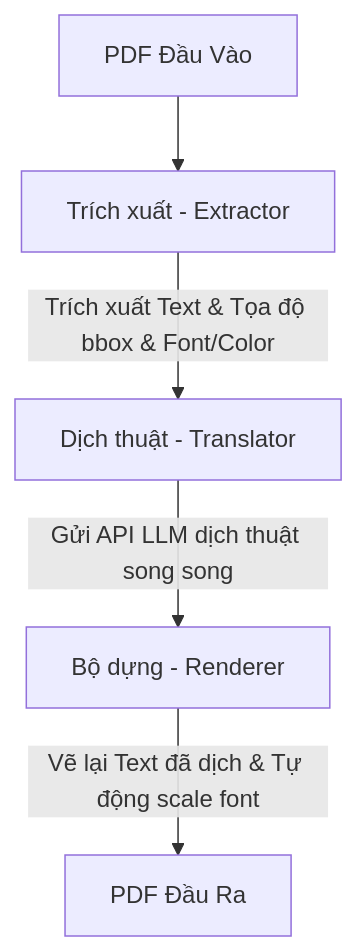
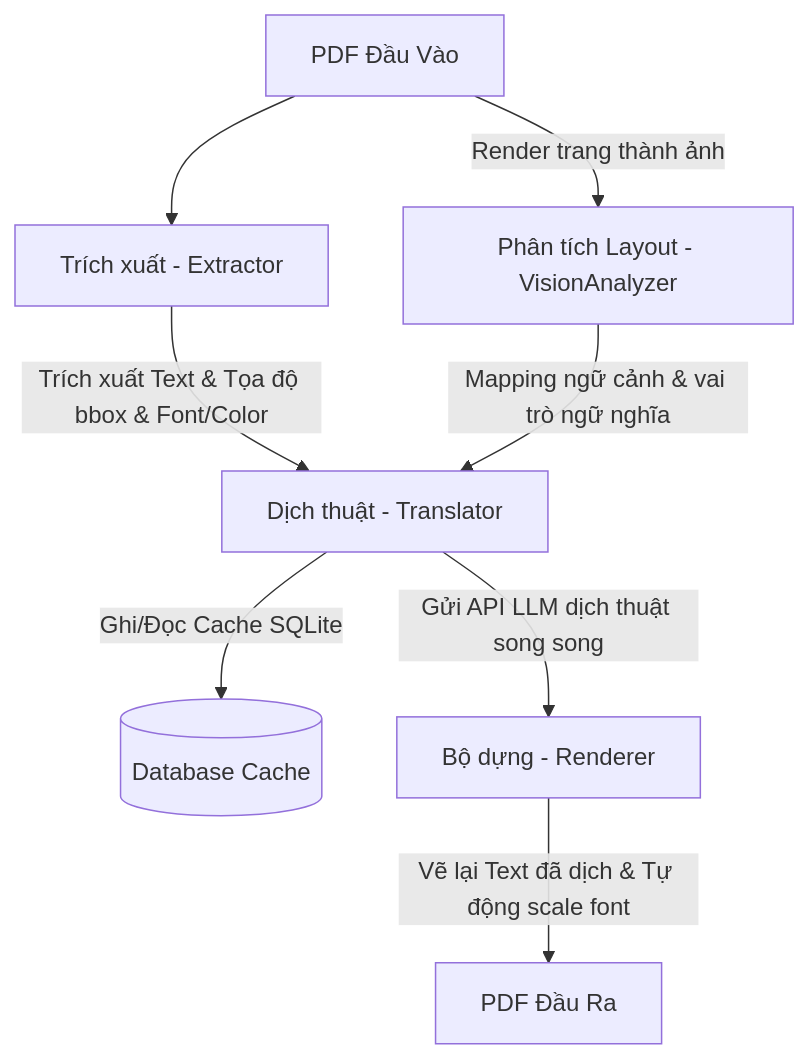
The diagram in README.md (quocdat22/pdf-translation), drawn with Mermaid before and after one commit. The commit also changed other lines of this file, not shown here.

Commit message:
docs: update README with caching, vision-first mode, and project layout

````diff
--- a/README.md
+++ b/README.md
@@ -24,7 +26,10 @@
 ```mermaid
 graph TD
     A[PDF Đầu Vào] --> B[Trích xuất - Extractor]
     B -->|Trích xuất Text & Tọa độ bbox & Font/Color| C[Dịch thuật - Translator]
+    A -->|Render trang thành ảnh| V[Phân tích Layout - VisionAnalyzer]
+    V -->|Mapping ngữ cảnh & vai trò ngữ nghĩa| C
+    C -->|Ghi/Đọc Cache SQLite| Cache[(Database Cache)]
     C -->|Gửi API LLM dịch thuật song song| D[Bộ dựng - Renderer]
     D -->|Vẽ lại Text đã dịch & Tự động scale font| E[PDF Đầu Ra]
 ```
````
